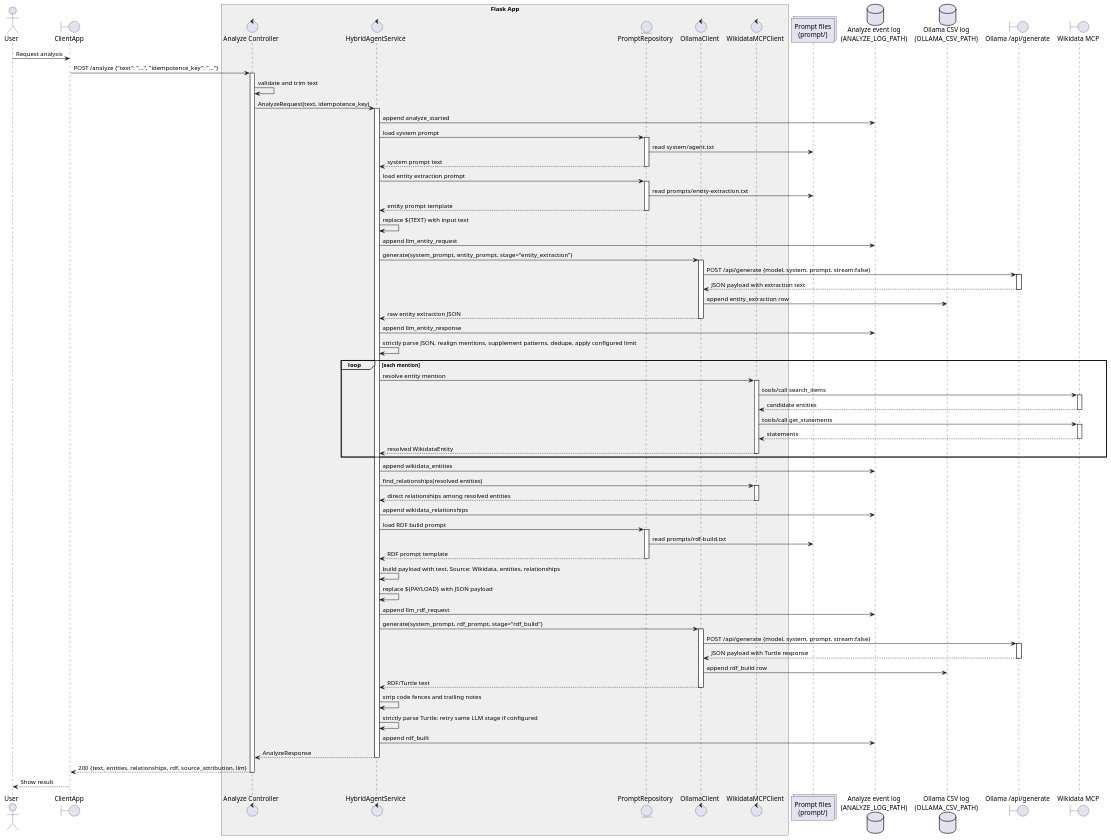
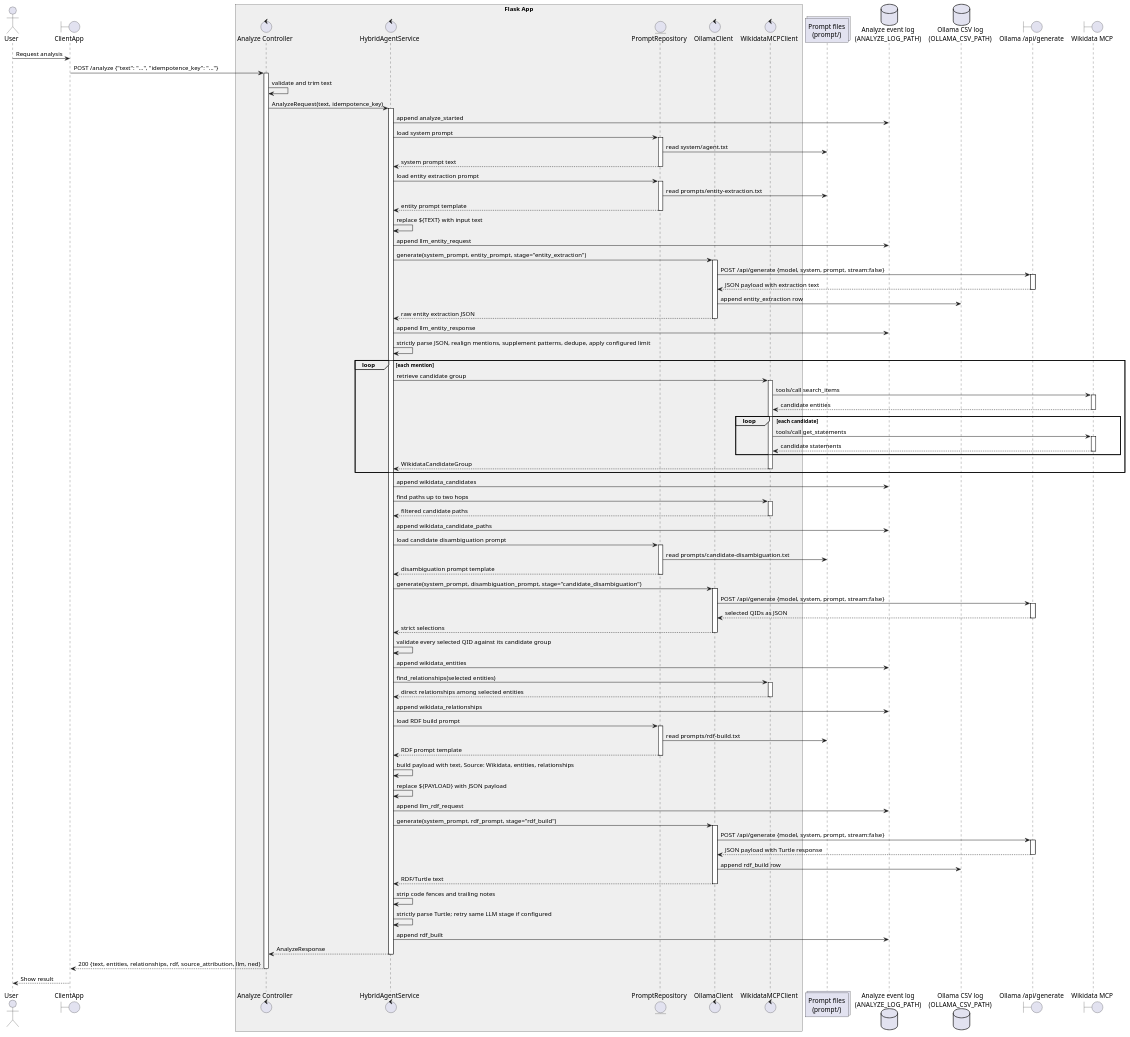
Before and after one commit to giovannabbottino/hybrid-pipelines: the diagram in docs/seq/analyze.puml, drawn with PlantUML. The commit also changed 12 other files, not shown here.

Commit message:
feat: add Wikidata candidate disambiguation

```diff
--- a/docs/seq/analyze.puml
+++ b/docs/seq/analyze.puml
@@ -1,83 +1,98 @@
 @startuml
 actor User
 boundary ClientApp as Client
 
 box "Flask App" #EFEFEF
   control "Analyze Controller" as Controller
   control "HybridAgentService" as Agent
   entity "PromptRepository" as Repo
   control "OllamaClient" as LLM
   control "WikidataMCPClient" as WD
 end box
 
 collections "Prompt files\n(prompt/)" as PromptFiles
 database "Analyze event log\n(ANALYZE_LOG_PATH)" as EventLog
 database "Ollama CSV log\n(OLLAMA_CSV_PATH)" as CSV
 boundary "Ollama /api/generate" as Ollama
 boundary "Wikidata MCP" as Wikidata
 
 User -> Client: Request analysis
 Client -> Controller ++: POST /analyze {"text": "...", "idempotence_key": "..."}
 Controller -> Controller: validate and trim text
 Controller -> Agent ++: AnalyzeRequest(text, idempotence_key)
 
 Agent -> EventLog: append analyze_started
 
 Agent -> Repo ++: load system prompt
 Repo -> PromptFiles: read system/agent.txt
 Repo --> Agent --: system prompt text
 
 Agent -> Repo ++: load entity extraction prompt
 Repo -> PromptFiles: read prompts/entity-extraction.txt
 Repo --> Agent --: entity prompt template
 
 Agent -> Agent: replace ${TEXT} with input text
 Agent -> EventLog: append llm_entity_request
 
 Agent -> LLM ++: generate(system_prompt, entity_prompt, stage="entity_extraction")
 LLM -> Ollama ++: POST /api/generate {model, system, prompt, stream:false}
 Ollama --> LLM --: JSON payload with extraction text
 LLM -> CSV: append entity_extraction row
 LLM --> Agent --: raw entity extraction JSON
 
 Agent -> EventLog: append llm_entity_response
 Agent -> Agent: strictly parse JSON, realign mentions, supplement patterns, dedupe, apply configured limit
 
 loop each mention
-  Agent -> WD ++: resolve entity mention
+  Agent -> WD ++: retrieve candidate group
   WD -> Wikidata ++: tools/call search_items
   Wikidata --> WD --: candidate entities
-  WD -> Wikidata ++: tools/call get_statements
-  Wikidata --> WD --: statements
-  WD --> Agent --: resolved WikidataEntity
+  loop each candidate
+    WD -> Wikidata ++: tools/call get_statements
+    Wikidata --> WD --: candidate statements
+  end
+  WD --> Agent --: WikidataCandidateGroup
 end
 
+Agent -> EventLog: append wikidata_candidates
+Agent -> WD ++: find paths up to two hops
+WD --> Agent --: filtered candidate paths
+Agent -> EventLog: append wikidata_candidate_paths
+
+Agent -> Repo ++: load candidate disambiguation prompt
+Repo -> PromptFiles: read prompts/candidate-disambiguation.txt
+Repo --> Agent --: disambiguation prompt template
+Agent -> LLM ++: generate(system_prompt, disambiguation_prompt, stage="candidate_disambiguation")
+LLM -> Ollama ++: POST /api/generate {model, system, prompt, stream:false}
+Ollama --> LLM --: selected QIDs as JSON
+LLM --> Agent --: strict selections
+Agent -> Agent: validate every selected QID against its candidate group
 Agent -> EventLog: append wikidata_entities
 
-Agent -> WD ++: find_relationships(resolved entities)
-WD --> Agent --: direct relationships among resolved entities
+Agent -> WD ++: find_relationships(selected entities)
+WD --> Agent --: direct relationships among selected entities
 Agent -> EventLog: append wikidata_relationships
 
 Agent -> Repo ++: load RDF build prompt
 Repo -> PromptFiles: read prompts/rdf-build.txt
 Repo --> Agent --: RDF prompt template
 
 Agent -> Agent: build payload with text, Source: Wikidata, entities, relationships
 Agent -> Agent: replace ${PAYLOAD} with JSON payload
 Agent -> EventLog: append llm_rdf_request
 
 Agent -> LLM ++: generate(system_prompt, rdf_prompt, stage="rdf_build")
 LLM -> Ollama ++: POST /api/generate {model, system, prompt, stream:false}
 Ollama --> LLM --: JSON payload with Turtle response
 LLM -> CSV: append rdf_build row
 LLM --> Agent --: RDF/Turtle text
 
 Agent -> Agent: strip code fences and trailing notes
 Agent -> Agent: strictly parse Turtle; retry same LLM stage if configured
 Agent -> EventLog: append rdf_built
 
 Agent --> Controller --: AnalyzeResponse
-Controller --> Client --: 200 {text, entities, relationships, rdf, source_attribution, llm}
+Controller --> Client --: 200 {text, entities, relationships, rdf, source_attribution, llm, ned}
 Client --> User: Show result
 
 @enduml
```
